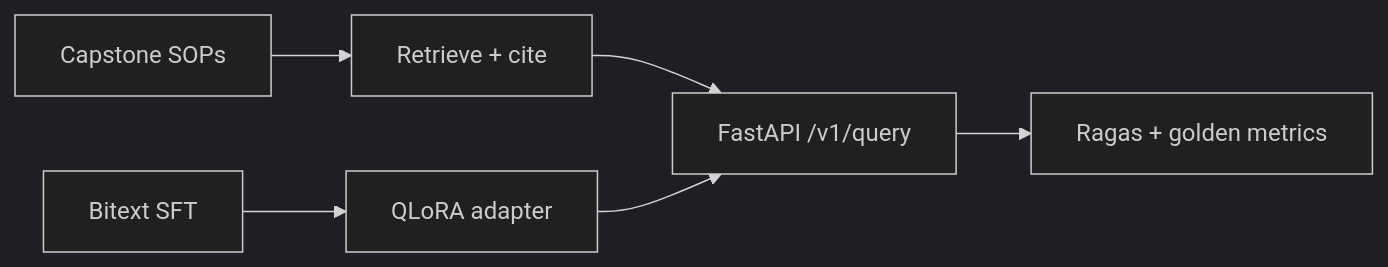
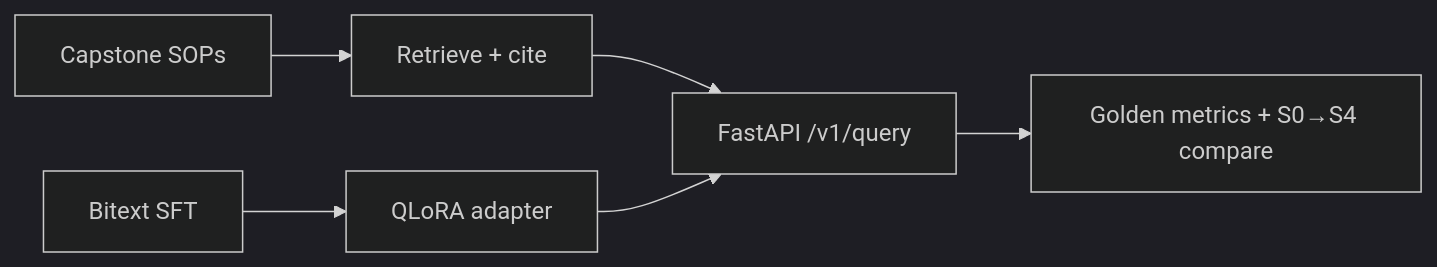
One commit to vpeetla-ai/domainforge-rag-peft changed the diagram in README.md. Above: the diagram before and after it, drawn with Mermaid (dark theme). The commit also changed 40 other files, not shown here.

````diff
--- a/README.md
+++ b/README.md
@@ -20,8 +20,8 @@
 ```mermaid
 flowchart LR
   SOP[Capstone SOPs] --> RAG[Retrieve + cite]
   Bitext[Bitext SFT] --> PEFT[QLoRA adapter]
   RAG --> API[FastAPI /v1/query]
   PEFT --> API
-  API --> EVAL[Ragas + golden metrics]
+  API --> EVAL[Golden metrics + S0→S4 compare]
 ```
````
